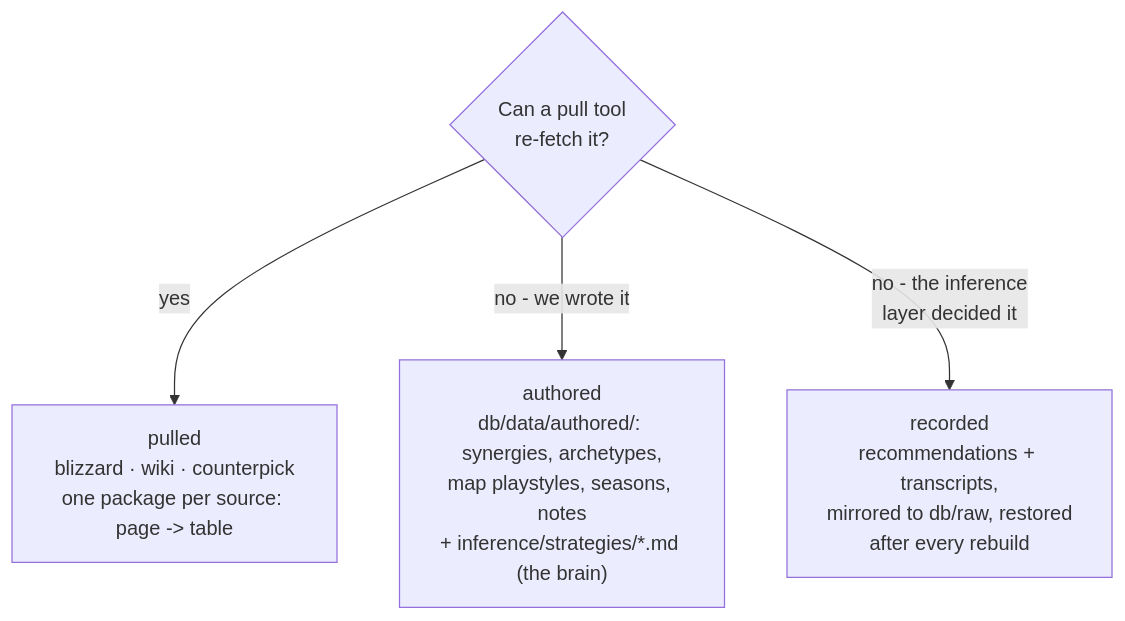
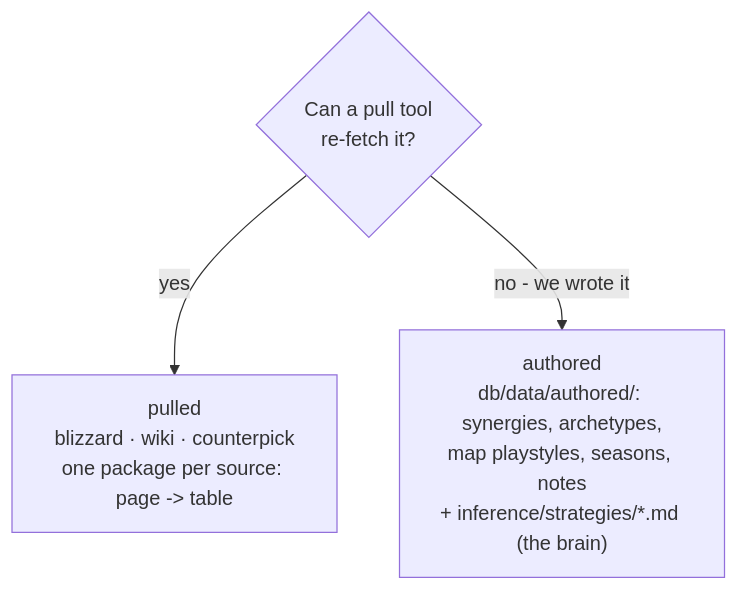
The second of 8 diagrams in docs/db.md (mmikol/counter-utility-matrix), drawn with Mermaid before and after one commit. The commit also changed other lines of this file and 42 other files, not shown here.

````diff
--- a/docs/db.md
+++ b/docs/db.md
@@ -224,7 +212,6 @@
 ```mermaid
 flowchart TD
     Q{"Can a pull tool<br/>re-fetch it?"}
     Q -->|"yes"| F["pulled<br/>blizzard · wiki · counterpick<br/>one package per source: page -> table"]
     Q -->|"no - we wrote it"| A["authored<br/>db/data/authored/: synergies, archetypes,<br/>map playstyles, seasons, notes<br/>+ inference/strategies/*.md (the brain)"]
-    Q -->|"no - the inference<br/>layer decided it"| R["recorded<br/>recommendations + transcripts,<br/>mirrored to db/raw, restored<br/>after every rebuild"]
 ```
````
